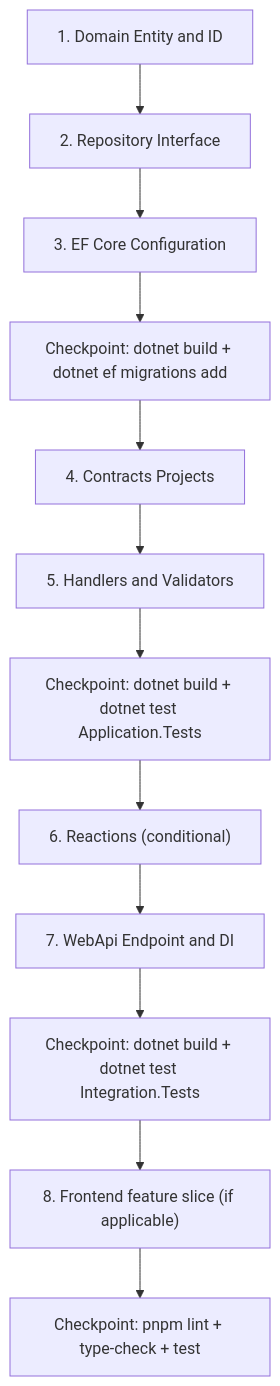
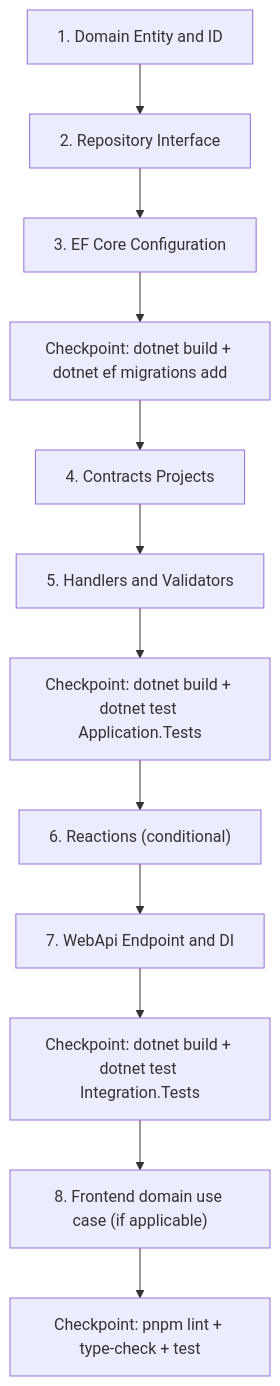
One commit to Litenova-Solutions/Engineering-Standards changed the diagram in docs/conventions/shared/agentic-guardrails.md. Above: the diagram before and after it, drawn with Mermaid. The commit also changed other lines of this file and 69 other files, not shown here.

First line of the commit message:
Adopt agentic domain-driven design as the documentation and frontend model.

````diff
--- a/docs/conventions/shared/agentic-guardrails.md
+++ b/docs/conventions/shared/agentic-guardrails.md
@@ -63,27 +63,27 @@
 ```mermaid
 graph TD
     Step1["1. Domain Entity and ID"]
     Step2["2. Repository Interface"]
     Step3["3. EF Core Configuration"]
     Step3b["Checkpoint: dotnet build + dotnet ef migrations add"]
     Step4["4. Contracts Projects"]
     Step5["5. Handlers and Validators"]
     Step5b["Checkpoint: dotnet build + dotnet test Application.Tests"]
     Step6["6. Reactions (conditional)"]
     Step7["7. WebApi Endpoint and DI"]
     Step7b["Checkpoint: dotnet build + dotnet test Integration.Tests"]
-    Step8["8. Frontend feature slice (if applicable)"]
+    Step8["8. Frontend domain use case (if applicable)"]
     Step8b["Checkpoint: pnpm lint + type-check + test"]
 
     Step1 --> Step2
     Step2 --> Step3
     Step3 --> Step3b
     Step3b --> Step4
     Step4 --> Step5
     Step5 --> Step5b
     Step5b --> Step6
     Step6 --> Step7
     Step7 --> Step7b
     Step7b --> Step8
     Step8 --> Step8b
 ```
````
